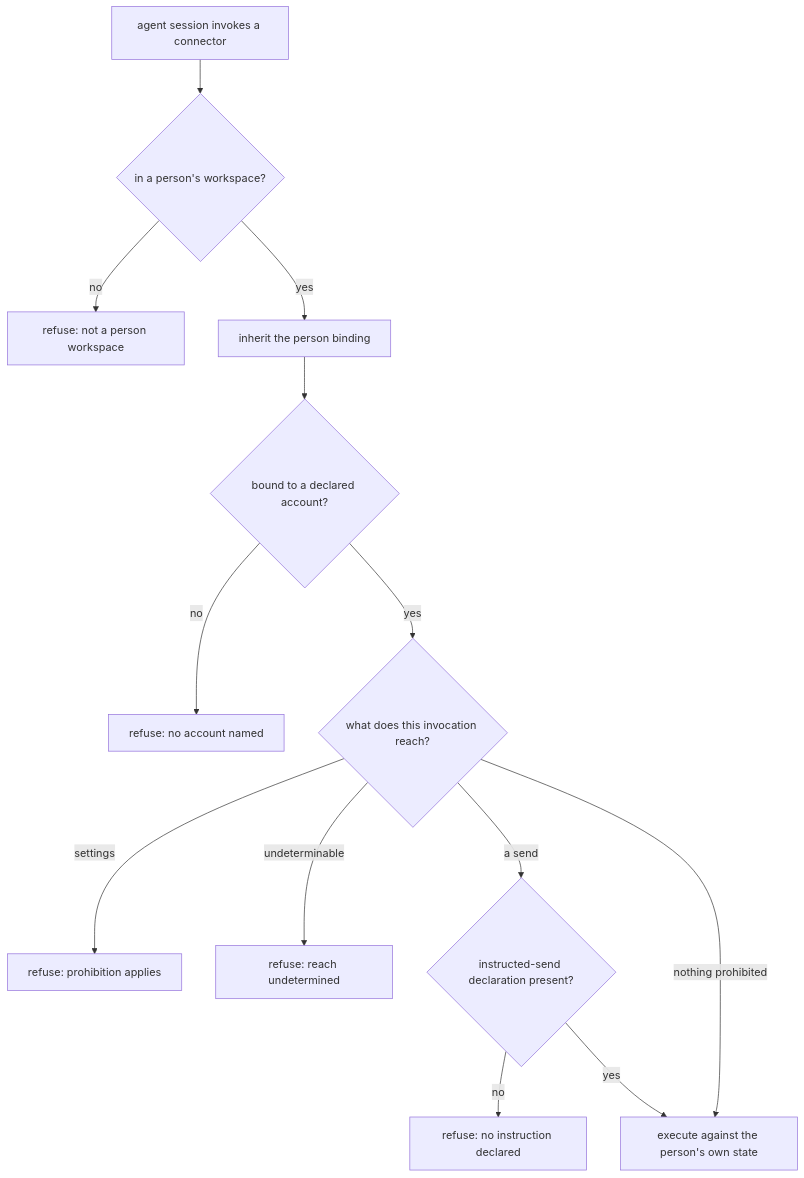
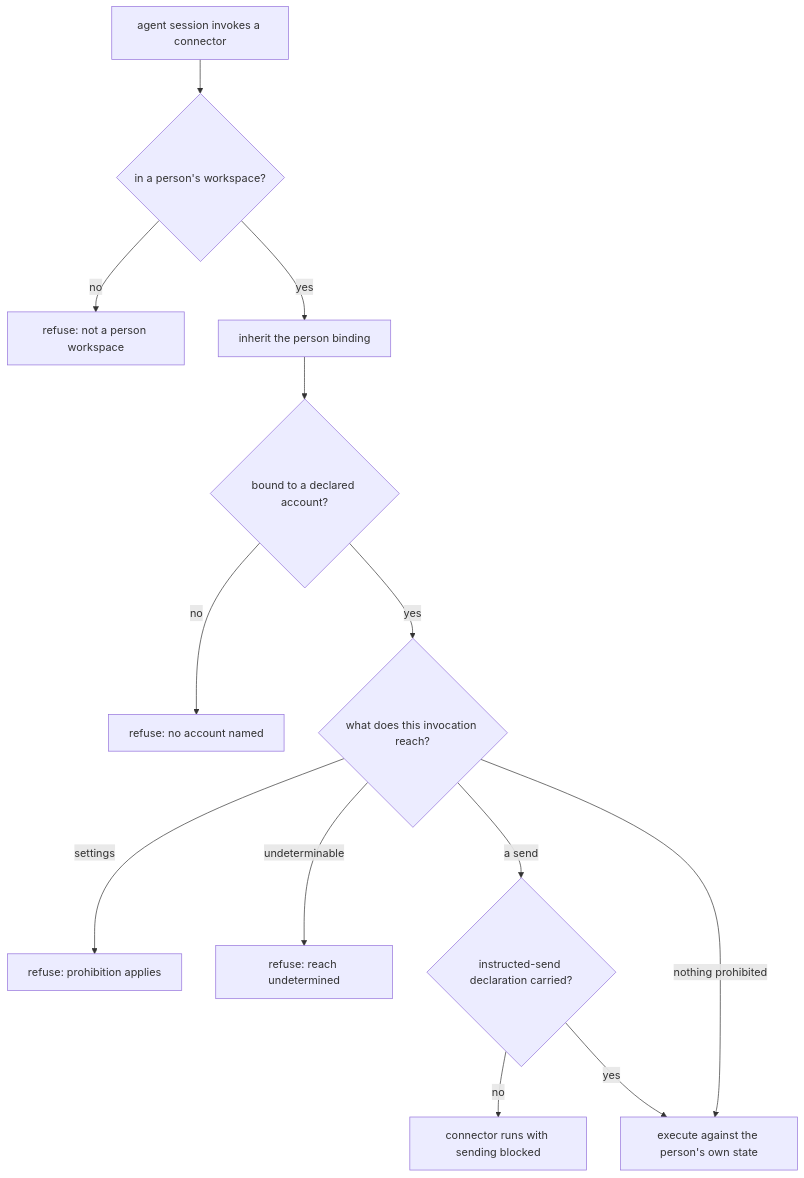
One commit to InstruktAI/TeleClaude changed the diagram in docs/project/design/architecture/assistant-connector-boundary.md. Above: the diagram before and after it, drawn with Mermaid. The commit also changed other lines of this file and 3 other files, not shown here.

First line of the commit message:
docs(architecture,integration,config,personal): consume identity's validated person binding and drop the ungrounded attendance regime from the send gate

````diff
--- a/docs/project/design/architecture/assistant-connector-boundary.md
+++ b/docs/project/design/architecture/assistant-connector-boundary.md
@@ -162,15 +167,15 @@
 ```mermaid
 flowchart TD
     A[agent session invokes a connector] --> B{in a person's workspace?}
     B -- no --> R0[refuse: not a person workspace]
     B -- yes --> C[inherit the person binding]
     C --> D{bound to a declared account?}
     D -- no --> R1[refuse: no account named]
     D -- yes --> E{what does this invocation reach?}
     E -- settings --> R2[refuse: prohibition applies]
     E -- undeterminable --> R3[refuse: reach undetermined]
-    E -- a send --> F{instructed-send declaration present?}
-    F -- no --> R4[refuse: no instruction declared]
+    E -- a send --> F{instructed-send declaration carried?}
+    F -- no --> R4[connector runs with sending blocked]
     F -- yes --> G
     E -- nothing prohibited --> G[execute against the person's own state]
 ```
````
